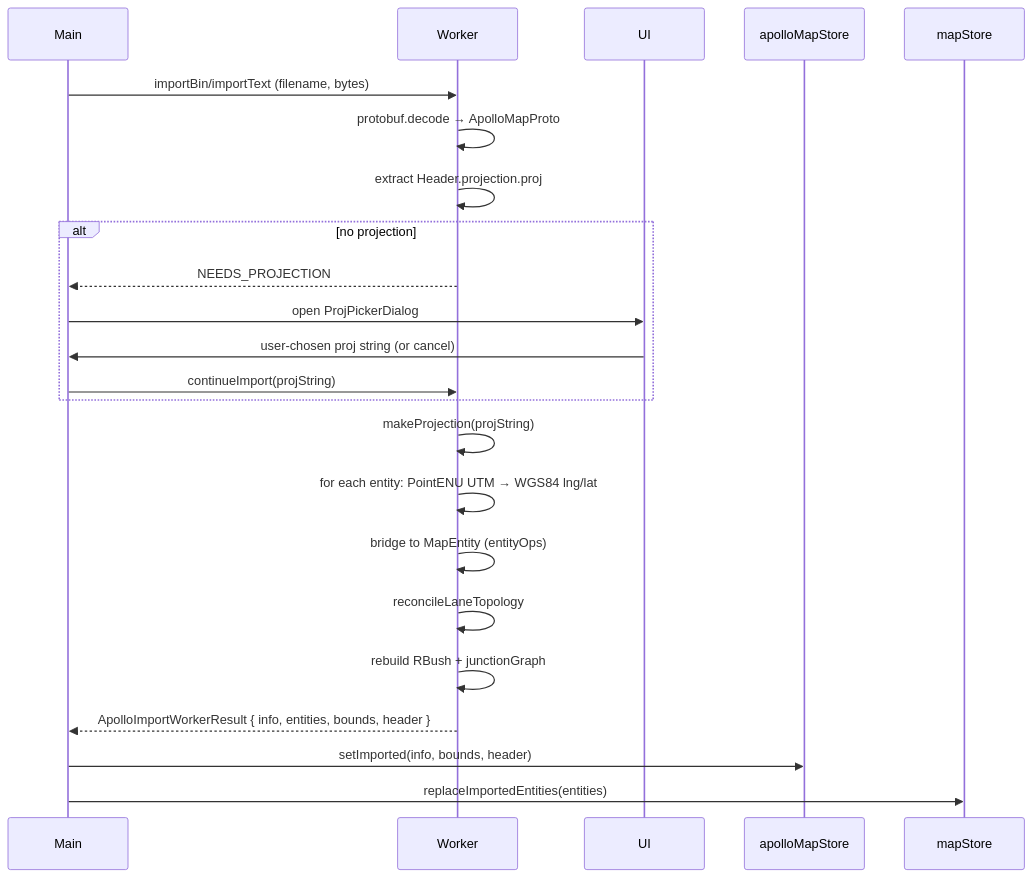
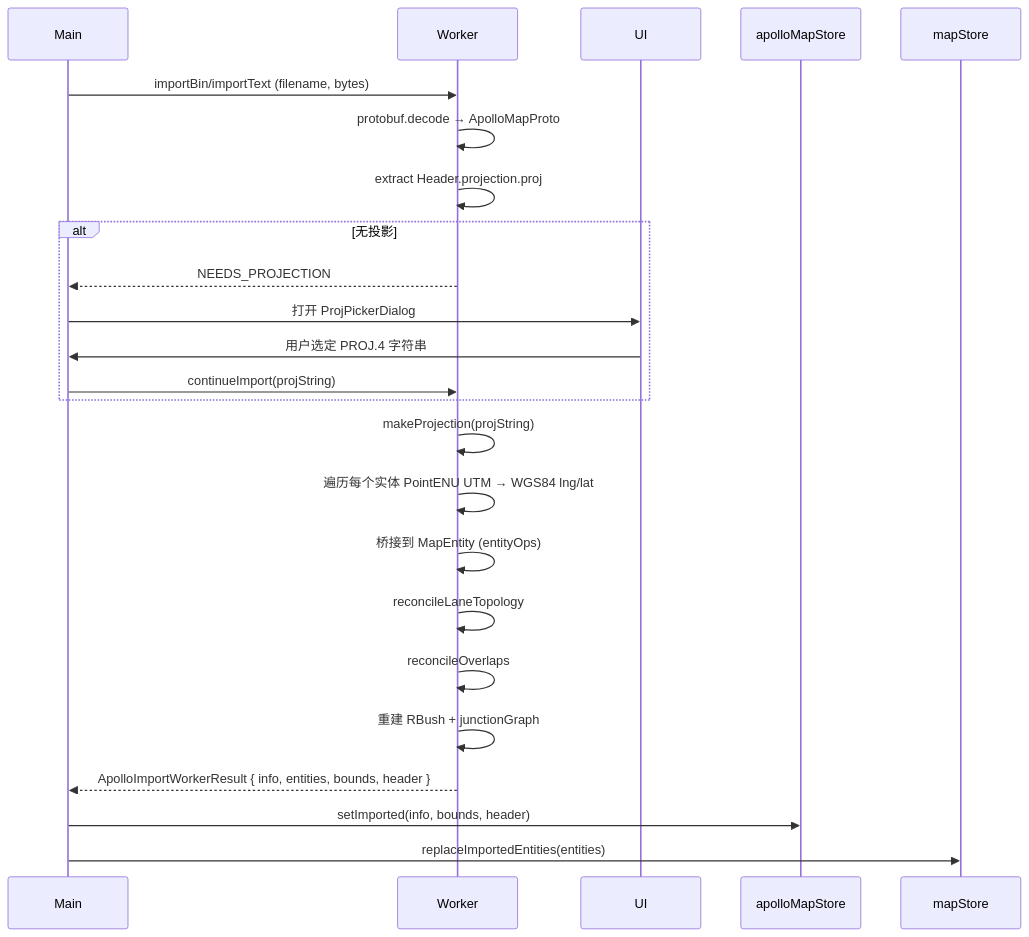
Before and after one commit to SakuraPuare/apollo-map-studio: the second of 3 diagrams in docs/guide/importing.md, drawn with Mermaid. The commit also changed other lines of this file and 414 other files, not shown here.

````diff
--- a/docs/guide/importing.md
+++ b/docs/guide/importing.md
@@ -63,20 +89,21 @@
 ```mermaid
 sequenceDiagram
   Main->>Worker: importBin/importText (filename, bytes)
   Worker->>Worker: protobuf.decode → ApolloMapProto
   Worker->>Worker: extract Header.projection.proj
-  alt no projection
+  alt 无投影
     Worker-->>Main: NEEDS_PROJECTION
-    Main->>UI: open ProjPickerDialog
-    UI->>Main: user-chosen proj string (or cancel)
+    Main->>UI: 打开 ProjPickerDialog
+    UI->>Main: 用户选定 PROJ.4 字符串
     Main->>Worker: continueImport(projString)
   end
   Worker->>Worker: makeProjection(projString)
-  Worker->>Worker: for each entity: PointENU UTM → WGS84 lng/lat
-  Worker->>Worker: bridge to MapEntity (entityOps)
+  Worker->>Worker: 遍历每个实体 PointENU UTM → WGS84 lng/lat
+  Worker->>Worker: 桥接到 MapEntity (entityOps)
   Worker->>Worker: reconcileLaneTopology
-  Worker->>Worker: rebuild RBush + junctionGraph
+  Worker->>Worker: reconcileOverlaps
+  Worker->>Worker: 重建 RBush + junctionGraph
   Worker-->>Main: ApolloImportWorkerResult { info, entities, bounds, header }
   Main->>apolloMapStore: setImported(info, bounds, header)
   Main->>mapStore: replaceImportedEntities(entities)
 ```
````
